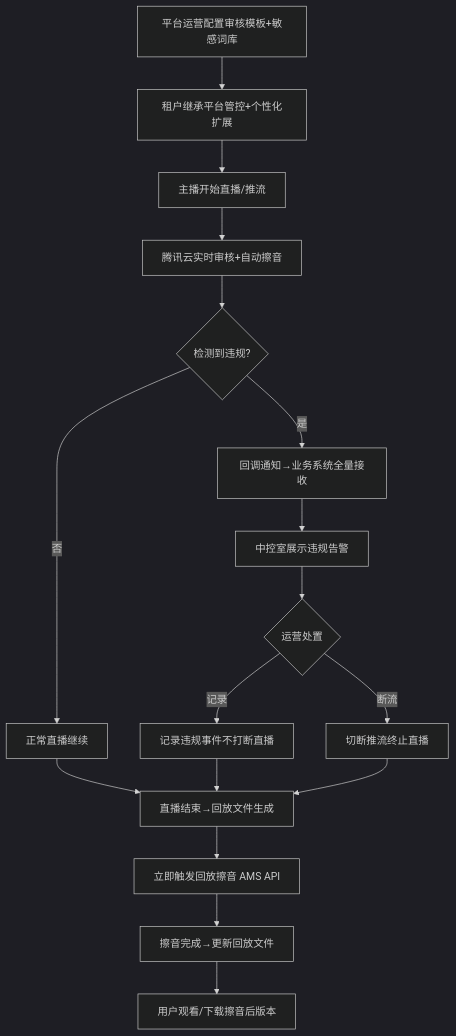
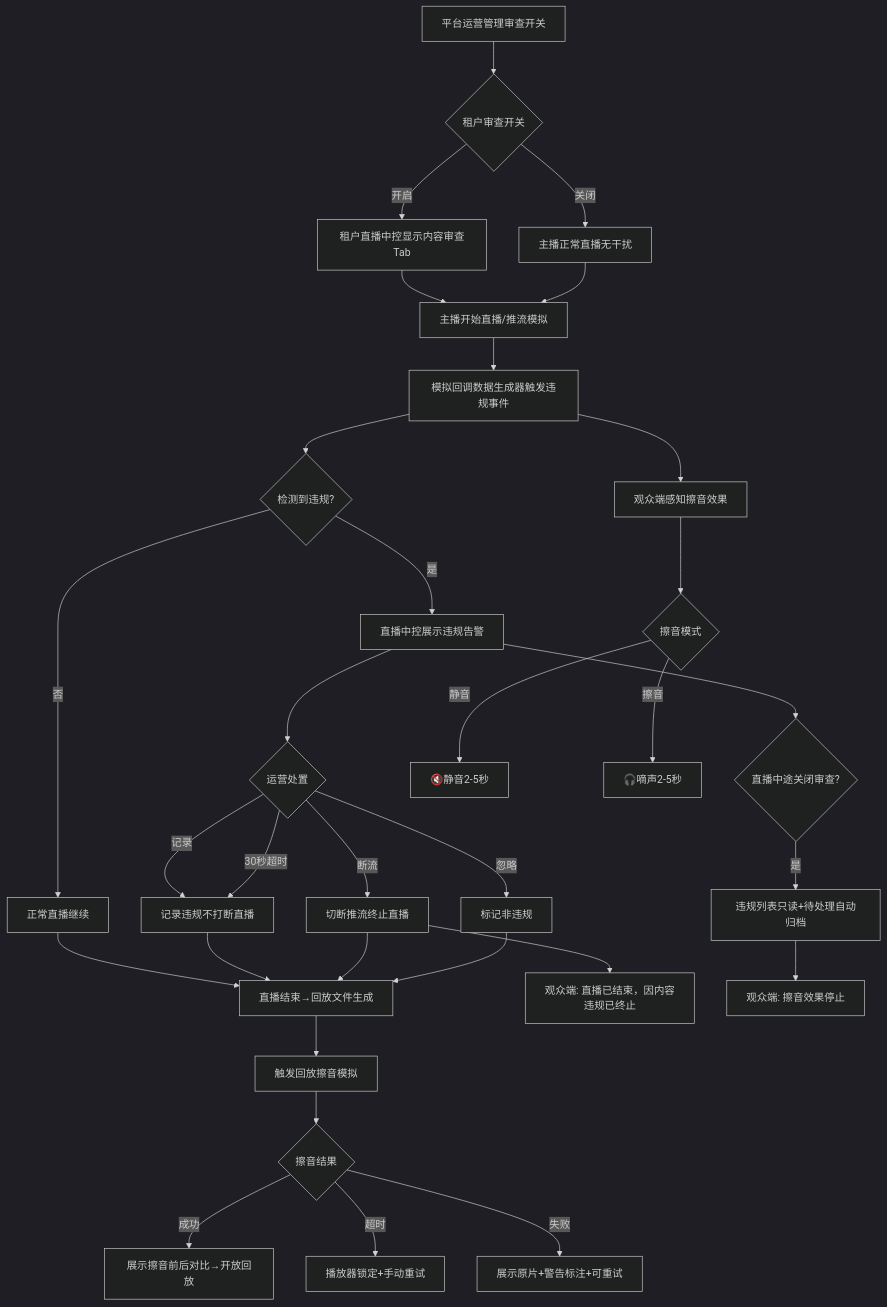
Before and after one commit to Stone1202/SAAS-APP: the first of 5 diagrams in projects/SAAS/docs/01-requirements/16-内容审查域-PRD-v1.0.0.md, drawn with Mermaid (dark theme). The commit also changed other lines of this file and 63 other files, not shown here.

````diff
--- a/projects/SAAS/docs/01-requirements/16-内容审查域-PRD-v1.0.0.md
+++ b/projects/SAAS/docs/01-requirements/16-内容审查域-PRD-v1.0.0.md
@@ -177,19 +175,35 @@
 ```mermaid
 flowchart TB
-    A[平台运营配置审核模板+敏感词库] --> B[租户继承平台管控+个性化扩展]
-    B --> C[主播开始直播/推流]
-    C --> D[腾讯云实时审核+自动擦音]
-    D --> E{检测到违规?}
-    E -->|是| F[回调通知→业务系统全量接收]
-    E -->|否| G[正常直播继续]
-    F --> H[中控室展示违规告警]
-    H --> I{运营处置}
-    I -->|记录| J[记录违规事件不打断直播]
+    A[平台运营管理审查开关] --> B{租户审查开关}
+    B -->|开启| C[租户直播中控显示内容审查Tab]
+    B -->|关闭| C2[主播正常直播无干扰]
+    C --> D[主播开始直播/推流模拟]
+    C2 --> D
+    D --> E[模拟回调数据生成器触发违规事件]
+    E --> F{检测到违规?}
+    F -->|是| G[直播中控展示违规告警]
+    F -->|否| H[正常直播继续]
+    G --> I{运营处置}
+    I -->|记录| J[记录违规不打断直播]
     I -->|断流| K[切断推流终止直播]
-    G --> L[直播结束→回放文件生成]
-    J --> L
-    K --> L
-    L --> M[立即触发回放擦音 AMS API]
-    M --> N[擦音完成→更新回放文件]
-    N --> O[用户观看/下载擦音后版本]
+    I -->|忽略| L[标记非违规]
+    I -->|30秒超时| J
+    G --> M{直播中途关闭审查?}
+    M -->|是| M2[违规列表只读+待处理自动归档]
+    H --> N[直播结束→回放文件生成]
+    J --> N
+    K --> N
+    L --> N
+    N --> O[触发回放擦音模拟]
+    O --> P{擦音结果}
+    P -->|成功| Q[展示擦音前后对比→开放回放]
+    P -->|超时| Q2[播放器锁定+手动重试]
+    P -->|失败| Q3[展示原片+警告标注+可重试]
+    
+    E --> R[观众端感知擦音效果]
+    R --> S{擦音模式}
+    S -->|静音| T[🔇静音2-5秒]
+    S -->|擦音| U[🎧嘀声2-5秒]
+    K --> V[观众端: 直播已结束，因内容违规已终止]
+    M2 --> W[观众端: 擦音效果停止]
 ```
````
